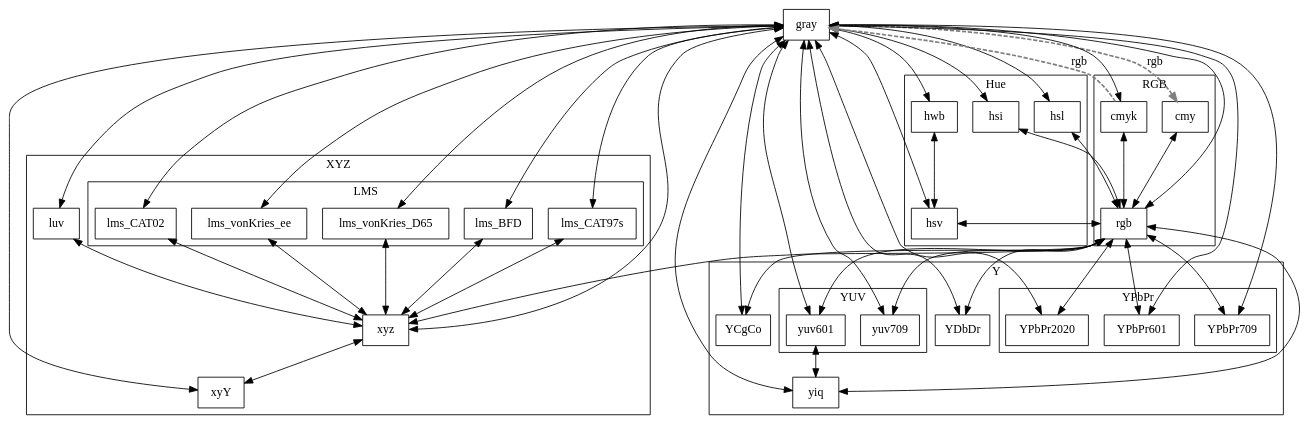
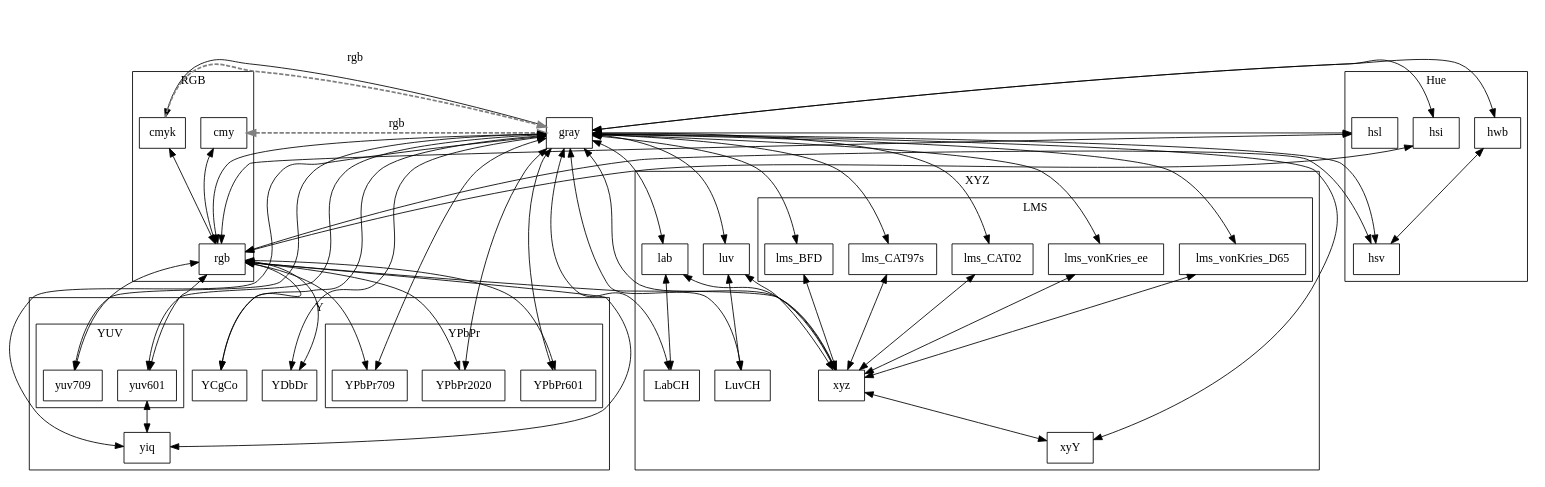
One commit to dmilos/color changed the diagram in doc/gv/conv.gv. Above: the diagram before and after it, drawn with Graphviz. The commit also changed 7 other files, not shown here.

Commit message:
* fix:[internal] Partial implementation of HWB<-> gray conversion * enhance:[doc] Introduced HWB, LabCH and LuvCH in to documentation

```diff
--- a/doc/gv/conv.gv
+++ b/doc/gv/conv.gv
@@ -1,135 +1,141 @@
 digraph color_conversion {
 	node [ shape ="box" ];
 	//gray [ color=gray, penwidth = 5 ];
 	//rgb [ style=striped , fillcolor="red:green:blue" ];
 
 	cmy  -> gray [ label = "rgb", style=dashed, color=gray, penwidth = 2, dir=both ];
 	cmy  -> rgb  [ label = "", dir=both  ];
 
 	cmyk -> gray[ label = "rgb", style=dashed, color=gray, penwidth = 2, dir=forward ];
 	cmyk -> rgb [ label = "", dir=both ];
 
 	gray -> cmyk [ label = "", dir=forward  ];
 	gray -> hsi   [ label = "", dir=both ];
 	gray -> hsl   [ label = "", dir=both ];
 	gray -> hsv   [ label = "", dir=both  ];
 	gray -> hwb   [ label = "", dir=both ];
 	gray -> rgb   [ label = "", dir=both ];
 	gray -> xyz   [ label = "", dir=both ];
 	gray -> YCgCo [ label = "", dir=both ];
 	gray -> YDbDr [ label = "", dir=both ];
 	gray -> yiq   [ label = "", dir=both ];
 	gray -> YPbPr601  [ label = "", dir=both ];
 	gray -> YPbPr709  [ label = "", dir=both ];
 	gray -> YPbPr2020 [ label = "", dir=both ];
 	gray -> yuv601   [ label = "", dir=both ];
 	gray -> yuv709   [ label = "", dir=both ];
 
 	gray -> lms_vonKries_ee   [ label = "", dir=both ];
 	gray -> lms_vonKries_D65   [ label = "", dir=both ];
 	gray -> lms_BFD   [ label = "", dir=both ];
 	gray -> lms_CAT97s   [ label = "", dir=both ];
 	gray -> lms_CAT02   [ label = "", dir=both ];
 	gray -> luv   [ label = "", dir=both ];
+	gray -> lab   [ label = "", dir=both ];
 	gray -> xyY   [ label = "", dir=both ];
+
+	gray -> LabCH [ label = "", dir=both ];
+	gray -> LuvCH [ label = "", dir=both ];
 
 	hwb  -> hsv[ label = "", dir=both ];
 
 	hsi  -> rgb [ label = "", dir=both ];
 
 	hsl  -> rgb [ label = "", dir=both ];
 
 	hsv  -> rgb [ label = "", dir=both ];
 
 	lms_vonKries_ee -> xyz[ label = "", dir=both ];
 	lms_vonKries_D65 -> xyz[ label = "", dir=both ];
 	lms_BFD  -> xyz[ label = "", dir=both ];
 	lms_CAT97s -> xyz[ label = "", dir=both ];
 	lms_CAT02  -> xyz[ label = "", dir=both ];
 	luv -> xyz [ label = "", dir=both ];
 
 	rgb -> xyz   [ label = "", dir=both ];
 	rgb -> YCgCo [ label = "", dir=both ];
 	rgb -> YDbDr [ label = "", dir=both ];
 	rgb -> yiq   [ label = "", dir=both ];
 	rgb -> YPbPr601  [ label = "", dir=both ];
 	rgb -> YPbPr709  [ label = "", dir=both ];
 	rgb -> YPbPr2020 [ label = "", dir=both ];
 	rgb -> yuv601[ label = "", dir=both ];
 	rgb -> yuv709[ label = "", dir=both ];
 
 	//xyz -> Hunter  [ label = "", dir=both ];
 	xyz -> xyY     [ label = "", dir=both ];
-	//lab -> LCHab   [ label = "", dir=both ];
-	//luv -> LCHub   [ label = "", dir=both ];
+	lab -> xyz     [ label = "", dir=both ];
+	lab -> LabCH   [ label = "", dir=both ];
+	luv -> LuvCH   [ label = "", dir=both ];
 
 	//yuv -> yuv   [ label = "", dir=both ];
 
 	yuv601 -> yiq   [ label = "", dir=both ];
 
 	subgraph cluster_hue
 	{
 		label = "Hue";
 		node [ ] hwb;
 		node [ ] hsi;
 		node [ ] hsl;
 		node [ ] hsv;
 	}
 
 	subgraph cluster_Y
 	{
 		label = "Y";
 		node [ ] YCgCo;
 		node [ ] YDbDr;
 		node [ ] yiq  ;
 		node [ ] YPbPr601 ;
 		node [ ] YPbPr709 ;
 		node [ ] YPbPr2020;
 		node [ ] yuv601;
 		node [ ] yuv709;
 		subgraph cluster_yuv
 		{
 			label = "YUV";
 			node [ ] yuv601;
 			node [ ] yuv709;
 		}
 		subgraph cluster_YPbPr
 		{
 			label = "YPbPr";
 			node [ ] YPbPr601 ;
 			node [ ] YPbPr709 ;
 			node [ ] YPbPr2020;
 		}
 	}
 
 	subgraph cluster_CIE
 	{
 		label = "XYZ";
 		node [ ] xyz;
 		//node [ ] Hunter;
+		node [ ] lab;
 		node [ ] xyY;
 		node [ ] luv;
 		subgraph cluster_LMS
 		{
 			label = "LMS";
 			node [ ] lms_vonKries_ee;
 			node [ ] lms_vonKries_D65;
 			node [ ] lms_BFD;
 			node [ ] lms_CAT97s;
 			node [ ] lms_CAT02;
 		}
 
-		//node [ ] LCHab;
-		//node [ ] LCHub;
+		node [ ] LabCH;
+		node [ ] LuvCH;
 	}
 
 	subgraph cluster_RGB
 	{
 		label = "RGB";
 		node [ ] cmy;
 		node [ ] rgb;
 		node [ ] cmyk;
 	}
 
 
 }
```
